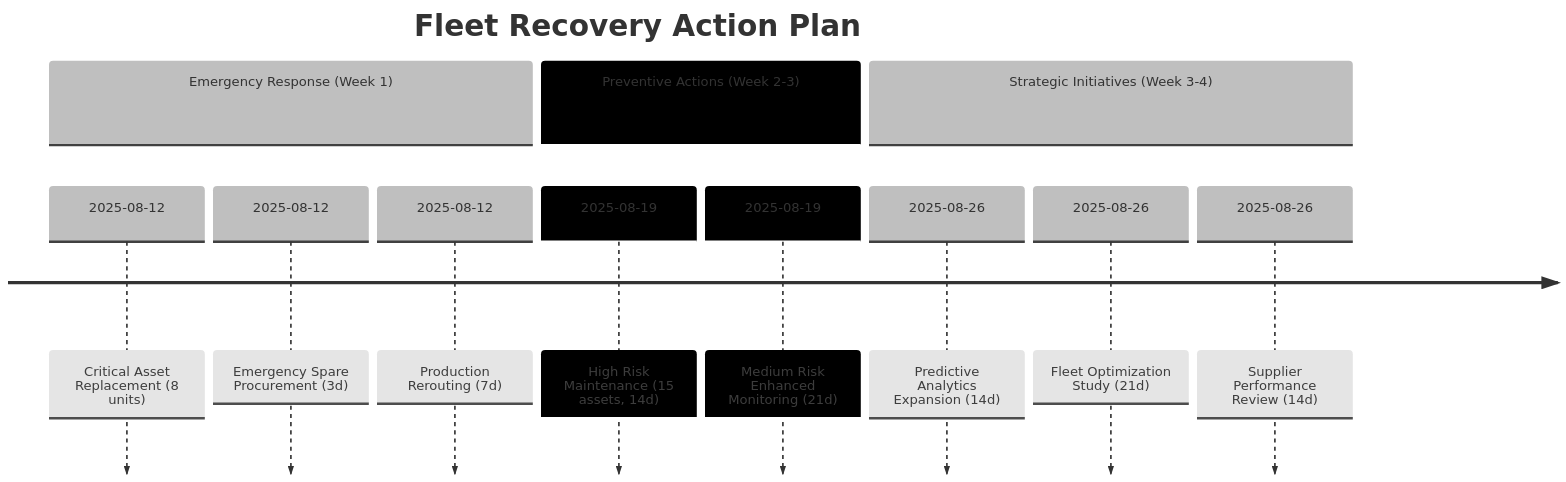
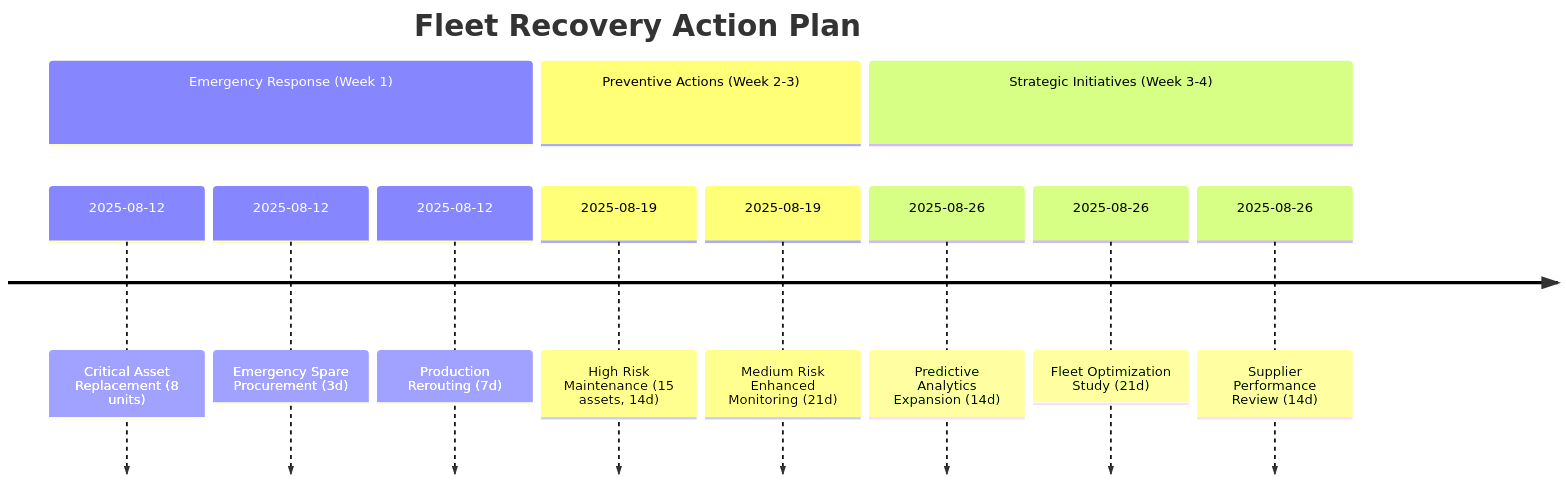
One commit to StephanieHepp/Risk-Assessment changed the tenth of 10 diagrams in overview_risk_assessment_report_cip.md. Above: the diagram before and after it, drawn with Mermaid.

````diff
--- a/overview_risk_assessment_report_cip.md
+++ b/overview_risk_assessment_report_cip.md
@@ -251,19 +251,30 @@
 ```mermaid
-%%{init: {'theme':'base', 'themeVariables': {'primaryColor':'#fff', 'secondaryColor':'#000'}}}%%
+%%{init: {
+  'theme':'base',
+  'themeVariables': {
+    'primaryColor': '#1976d2',        /* Blau für Tasks */
+    'primaryTextColor': '#ffffff',    /* Weiße Schrift */
+    'primaryBorderColor': '#0d47a1',  /* Dunkler Rand */
+    'lineColor': '#000000',           /* Schwarze Zeitachse */
+    'tertiaryColor': '#f5f5f5',       /* Hellgrau für Section-Header */
+    'fontSize': '14px',
+    'fontFamily': 'Arial'
+  }
+}}%%
 timeline
     title Fleet Recovery Action Plan
 
     section Emergency Response (Week 1)
         2025-08-12 : Critical Asset Replacement (8 units)
         2025-08-12 : Emergency Spare Procurement (3d)
         2025-08-12 : Production Rerouting (7d)
 
     section Preventive Actions (Week 2-3)
         2025-08-19 : High Risk Maintenance (15 assets, 14d)
         2025-08-19 : Medium Risk Enhanced Monitoring (21d)
 
     section Strategic Initiatives (Week 3-4)
         2025-08-26 : Predictive Analytics Expansion (14d)
         2025-08-26 : Fleet Optimization Study (21d)
         2025-08-26 : Supplier Performance Review (14d)
 ```
````
